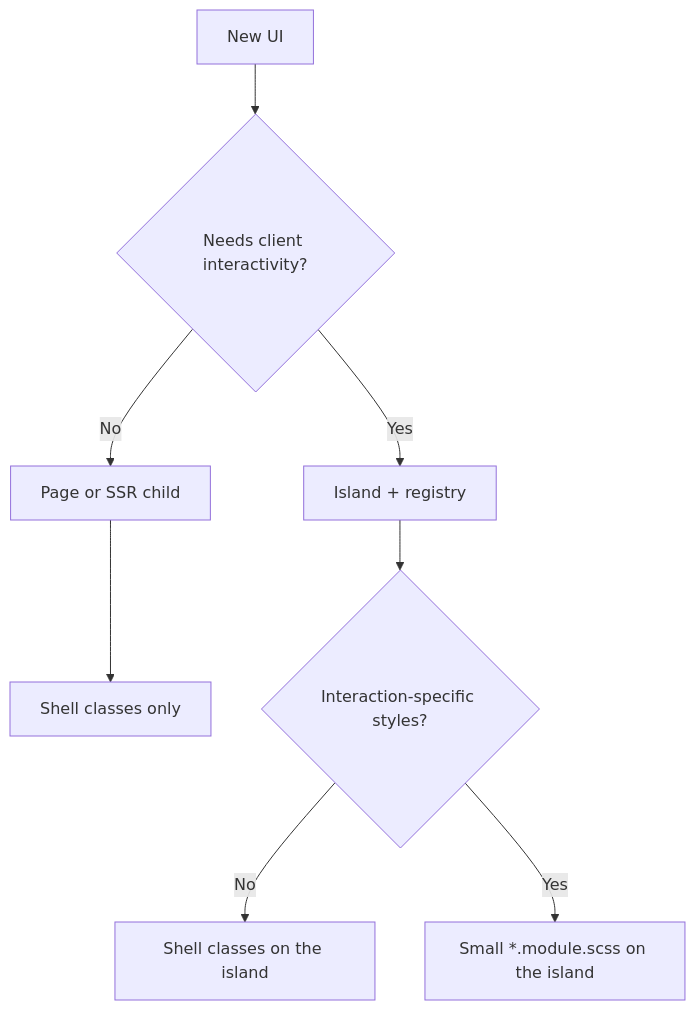
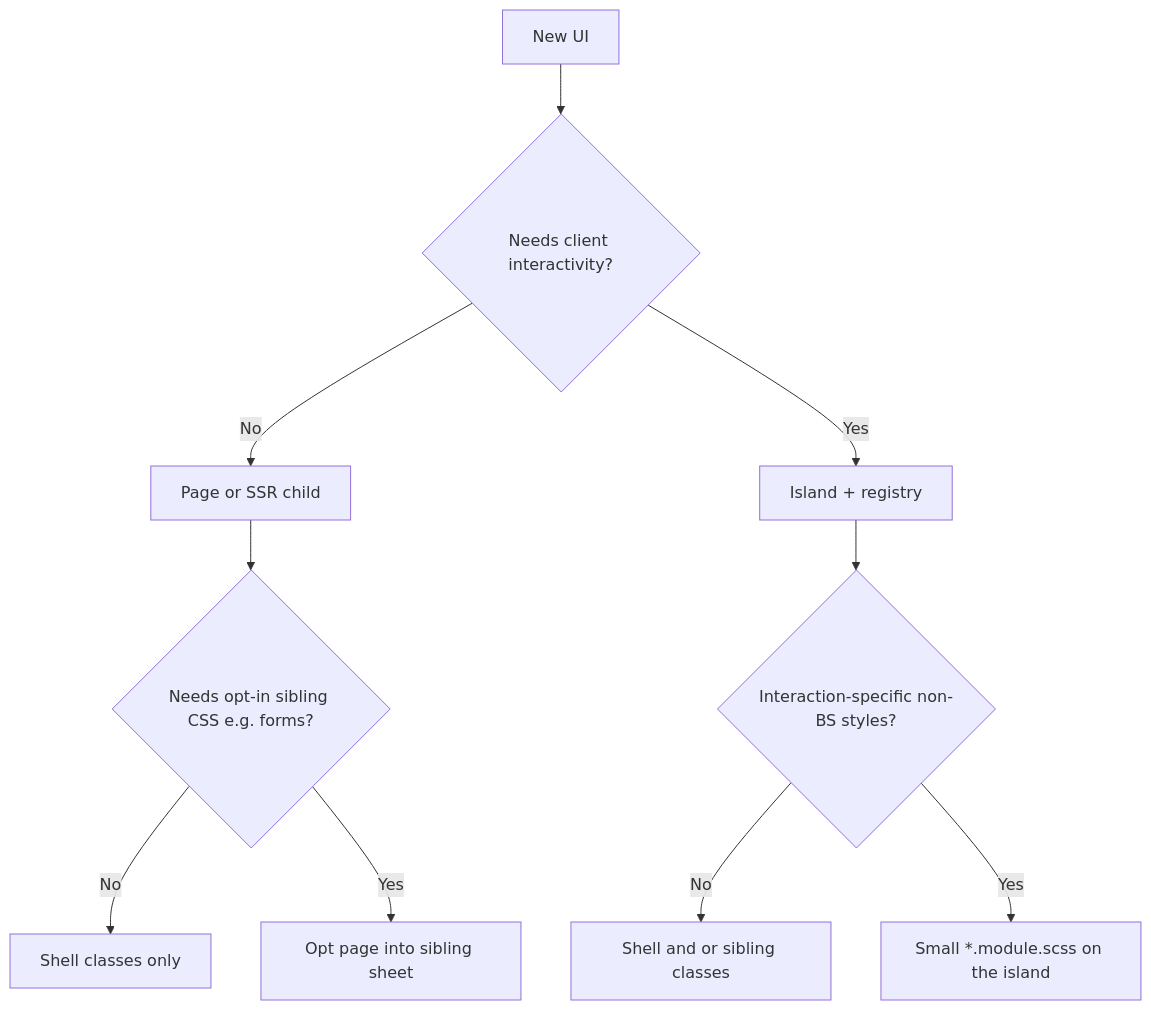
The diagram in docs/how-to-web-ui.md (isaaclfelix/sample-nestjs-project), drawn with Mermaid before and after one commit. The commit also changed other lines of this file and 10 other files, not shown here.

First line of the commit message:
feat(web): add opt-in forms sibling stylesheet

````diff
--- a/docs/how-to-web-ui.md
+++ b/docs/how-to-web-ui.md
@@ -11,11 +12,13 @@
 ```mermaid
 flowchart TD
   start[New UI]
   start --> interactive{Needs client interactivity?}
   interactive -->|No| page[Page or SSR child]
-  page --> shellOnly[Shell classes only]
+  page --> pageCss{Needs opt-in sibling CSS e.g. forms?}
+  pageCss -->|No| shellOnly[Shell classes only]
+  pageCss -->|Yes| sibling[Opt page into sibling sheet]
   interactive -->|Yes| island[Island + registry]
-  island --> extraStyles{Interaction-specific styles?}
-  extraStyles -->|No| shellIsland[Shell classes on the island]
+  island --> extraStyles{Interaction-specific non-BS styles?}
+  extraStyles -->|No| shellIsland[Shell and or sibling classes]
   extraStyles -->|Yes| module[Small *.module.scss on the island]
 ```
````
